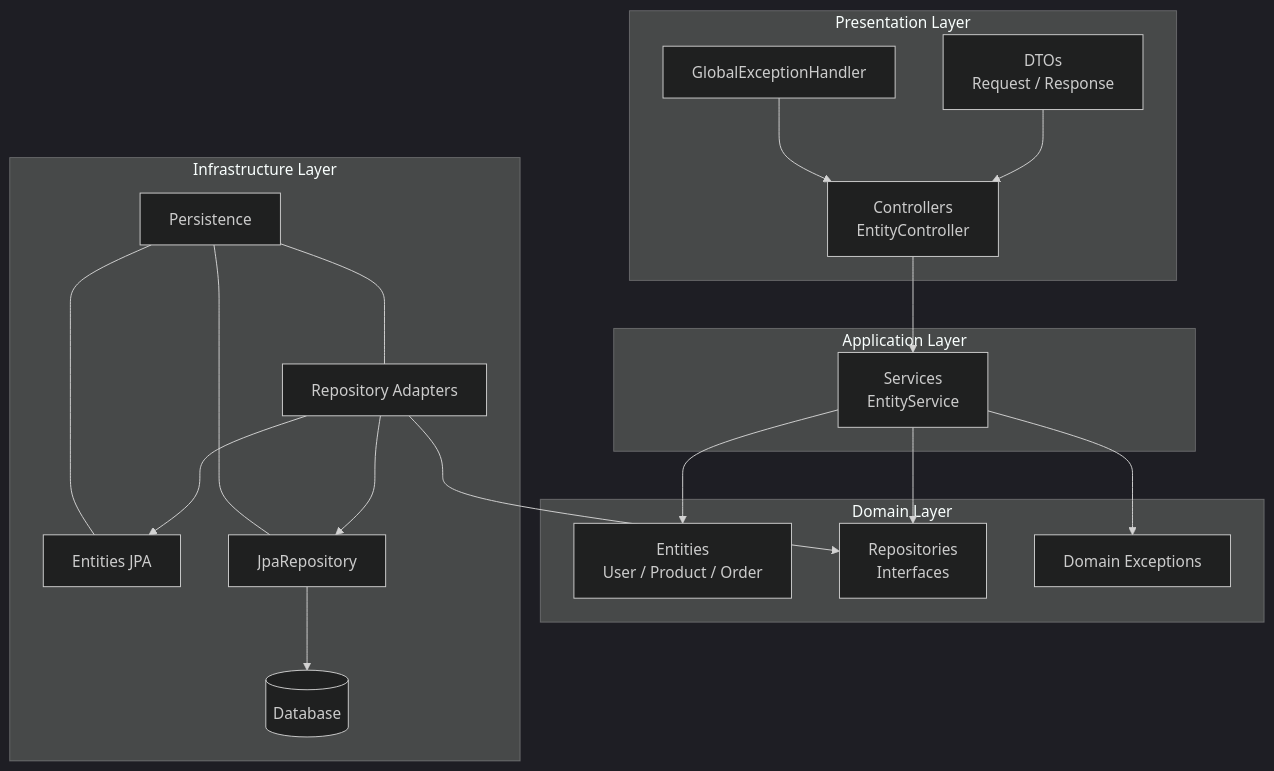
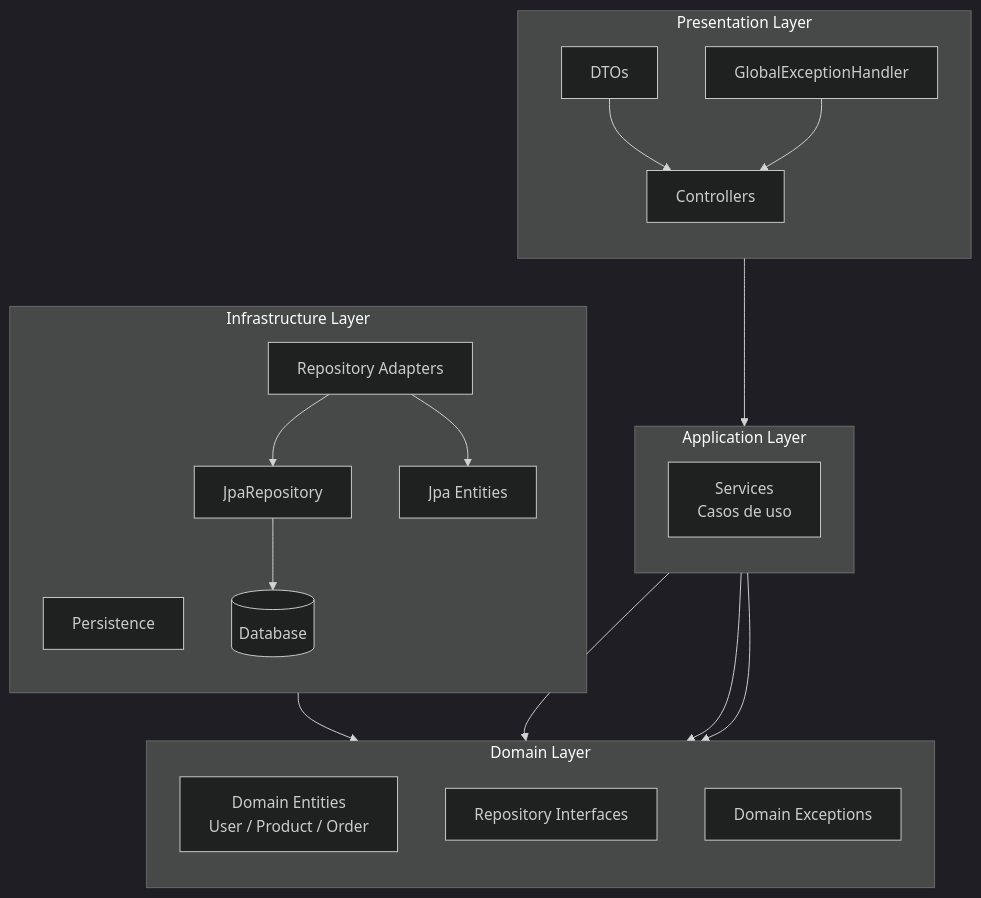
Before and after one commit to javicastejon/DAM-PMP-AD-Example: the diagram in README.md, drawn with Mermaid (dark theme). The commit also changed 14 other files, not shown here.

````diff
--- a/README.md
+++ b/README.md
@@ -52,51 +52,58 @@
 ```mermaid
 flowchart TB
 
-    %% Presentation Layer
+    %% =========================
+    %% Presentation
+    %% =========================
     subgraph Presentation["Presentation Layer"]
-        C[Controllers<br/>EntityController]
-        D[DTOs<br/>Request / Response]
+        direction TB
+        C[Controllers]
+        D[DTOs]
         E[GlobalExceptionHandler]
+        D --> C
+        E --> C
     end
 
-    %% Application Layer
+    %% =========================
+    %% Application
+    %% =========================
     subgraph Application["Application Layer"]
-        S[Services<br/>EntityService]
+        direction TB
+        S[Services<br/>Casos de uso]
     end
 
-    %% Domain Layer
+    %% =========================
+    %% Domain
+    %% =========================
     subgraph Domain["Domain Layer"]
-        M[Entities<br/>User / Product / Order]
-        R[Repositories<br/>Interfaces]
+        direction TB
+        M[Domain Entities<br/>User / Product / Order]
+        R[Repository Interfaces]
         X[Domain Exceptions]
     end
 
-    %% Infrastructure Layer
+    %% =========================
+    %% Infrastructure
+    %% =========================
     subgraph Infrastructure["Infrastructure Layer"]
+        direction TB
         P[Persistence]
-        J[Entities JPA]
+        A[Repository Adapters]
+        J[Jpa Entities]
         JR[JpaRepository]
-        A[Repository Adapters]
         DB[(Database)]
+
+        A --> JR
+        JR --> DB
+        A --> J
     end
 
-    %% Relationships
+    %% =========================
+    %% Cross-layer dependencies
+    %% =========================
     C --> S
-    D --> C
-    E --> C
-
     S --> M
     S --> R
     S --> X
-
     A --> R
-    A --> J
-    A --> JR
-
-    JR --> DB
-
-    %% Grouping
-    P --- J
-    P --- JR
-    P --- A
 ```
````
